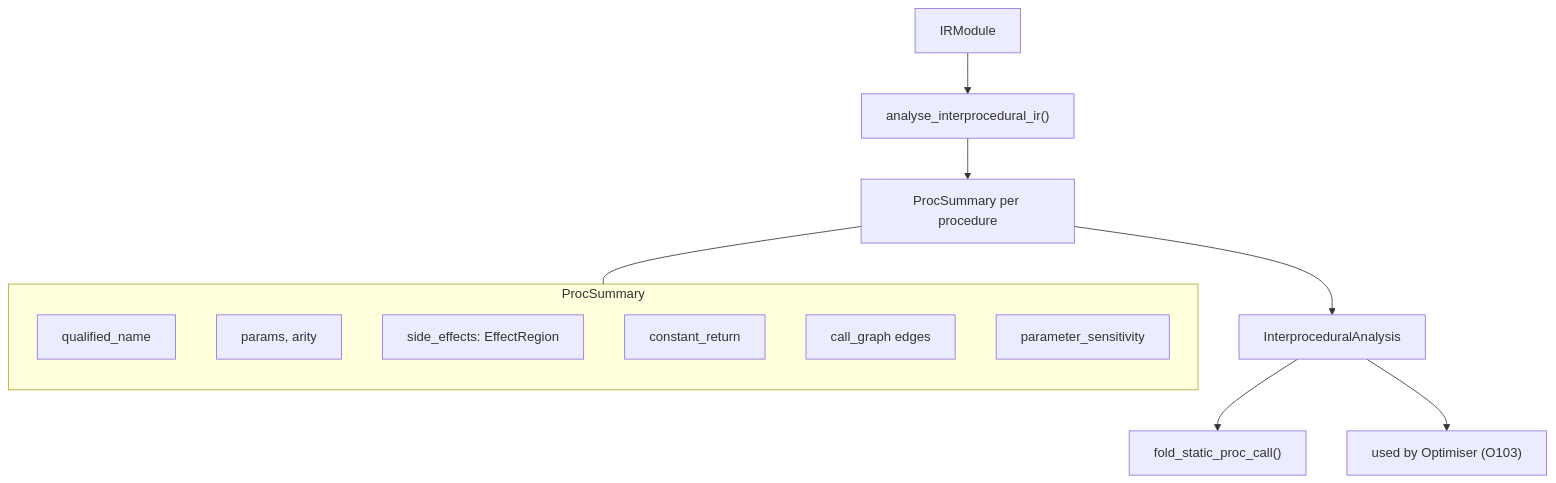
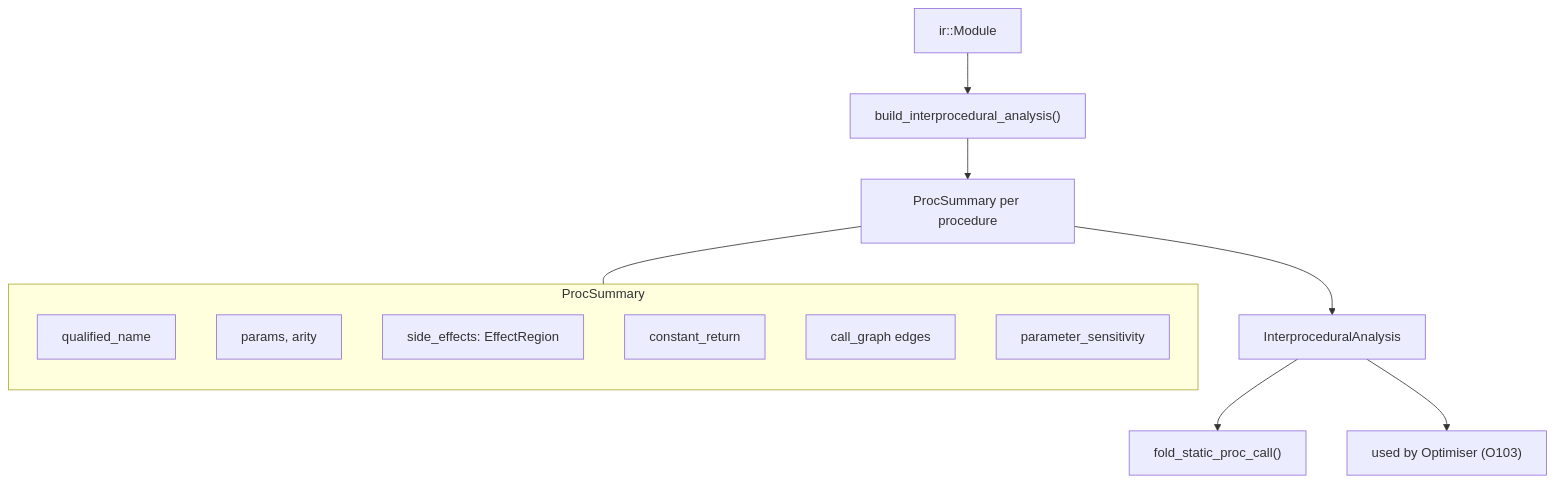
Before and after one commit to bitwisecook/tcl-lsp: diagram 14 of 20 in docs/design/compiler-architecture.md, drawn with Mermaid. The commit also changed other lines of this file and 66 other files, not shown here.

````diff
--- a/docs/design/compiler-architecture.md
+++ b/docs/design/compiler-architecture.md
@@ -504,20 +504,20 @@
 ```mermaid
 flowchart TD
-    IR["IRModule"] --> IPA["analyse_interprocedural_ir()"]
+    IR["ir::Module"] --> IPA["build_interprocedural_analysis()"]
     IPA --> SUM["ProcSummary per procedure"]
 
     subgraph ProcSummary
         direction TB
         QN["qualified_name"]
         PM["params, arity"]
         EF["side_effects: EffectRegion"]
         CR["constant_return"]
         CG["call_graph edges"]
         PS["parameter_sensitivity"]
     end
 
     SUM --- ProcSummary
     SUM --> IPA2["InterproceduralAnalysis"]
     IPA2 --> FOLD["fold_static_proc_call()"]
     IPA2 --> OPT["used by Optimiser (O103)"]
 ```
````
